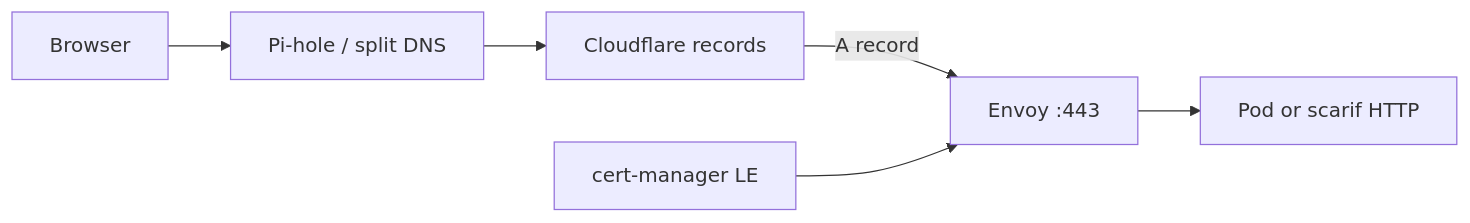
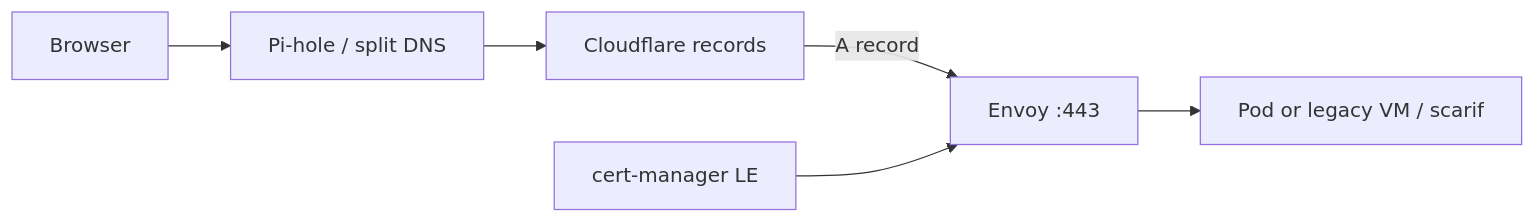
Before and after one commit to jacobdrury/homelab: the second of 2 diagrams in docs/architecture/networking.md, drawn with Mermaid. The commit also changed other lines of this file and 6 other files, not shown here.

````diff
--- a/docs/architecture/networking.md
+++ b/docs/architecture/networking.md
@@ -158,14 +170,14 @@
 ```mermaid
 flowchart LR
   Client[Browser]
   DNS[Pi-hole / split DNS]
   CF[Cloudflare records]
   Envoy[Envoy :443]
   CM[cert-manager LE]
-  App[Pod or scarif HTTP]
+  App[Pod or legacy VM / scarif]
 
   Client --> DNS --> CF
   CF -->|A record| Envoy
   CM --> Envoy
   Envoy --> App
 ```
````
